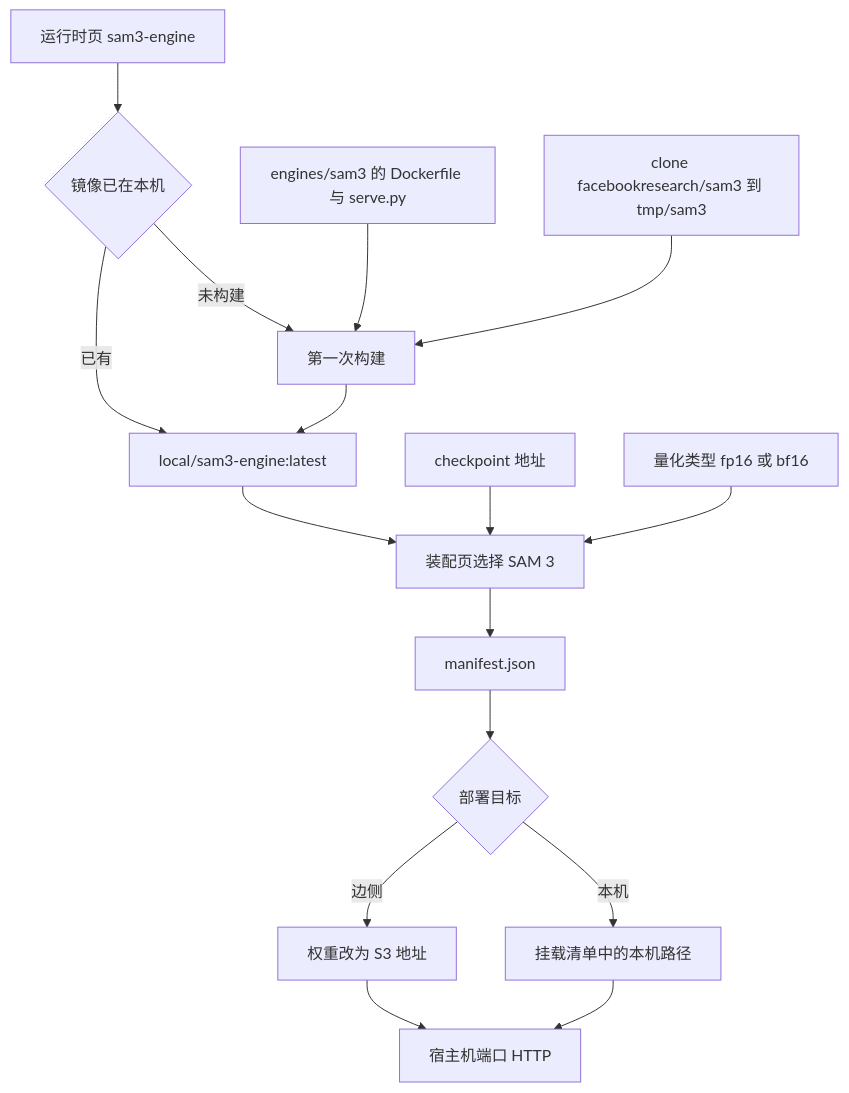
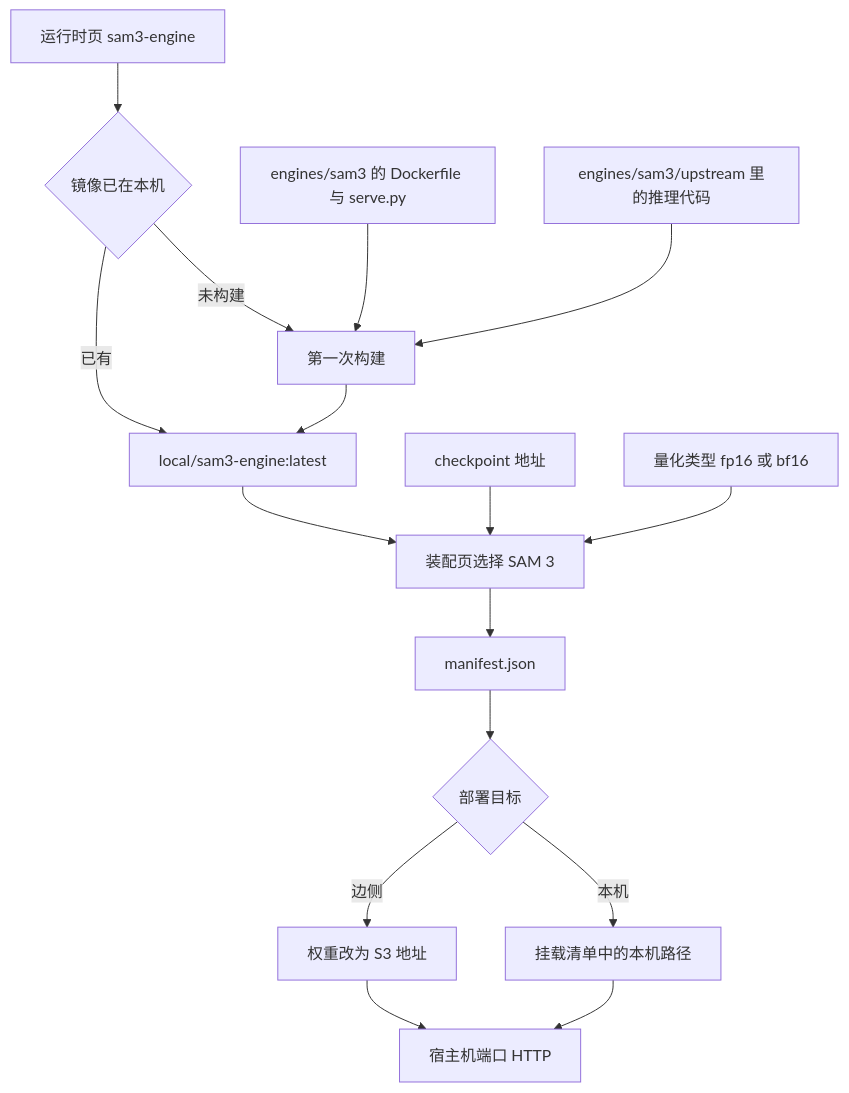
One commit to slimcheng3/aiserver changed the seventh of 10 diagrams in docs/具身模型交付方案.md. Above: the diagram before and after it, drawn with Mermaid. The commit also changed other lines of this file and 73 other files, not shown here.

Commit message:
Vendor SAM 3 inference code so builds no longer clone it.

````diff
--- a/docs/具身模型交付方案.md
+++ b/docs/具身模型交付方案.md
@@ -148,18 +148,18 @@
 ```mermaid
 flowchart TD
   page[运行时页 sam3-engine] --> built{镜像已在本机}
   built -->|未构建| first[第一次构建]
   adapter["engines/sam3 的 Dockerfile 与 serve.py"] --> first
-  repo["clone facebookresearch/sam3 到 tmp/sam3"] --> first
+  repo["engines/sam3/upstream 里的推理代码"] --> first
   first --> image["local/sam3-engine:latest"]
   built -->|已有| image
   image --> asm[装配页选择 SAM 3]
   ckpt[checkpoint 地址] --> asm
   quant["量化类型 fp16 或 bf16"] --> asm
   asm --> manifest["manifest.json"]
   manifest --> where{部署目标}
   where -->|本机| local[挂载清单中的本机路径]
   where -->|边侧| s3[权重改为 S3 地址]
   local --> port["宿主机端口 HTTP"]
   s3 --> port
 ```
````
